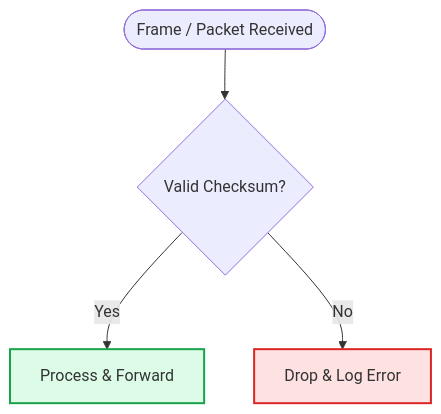
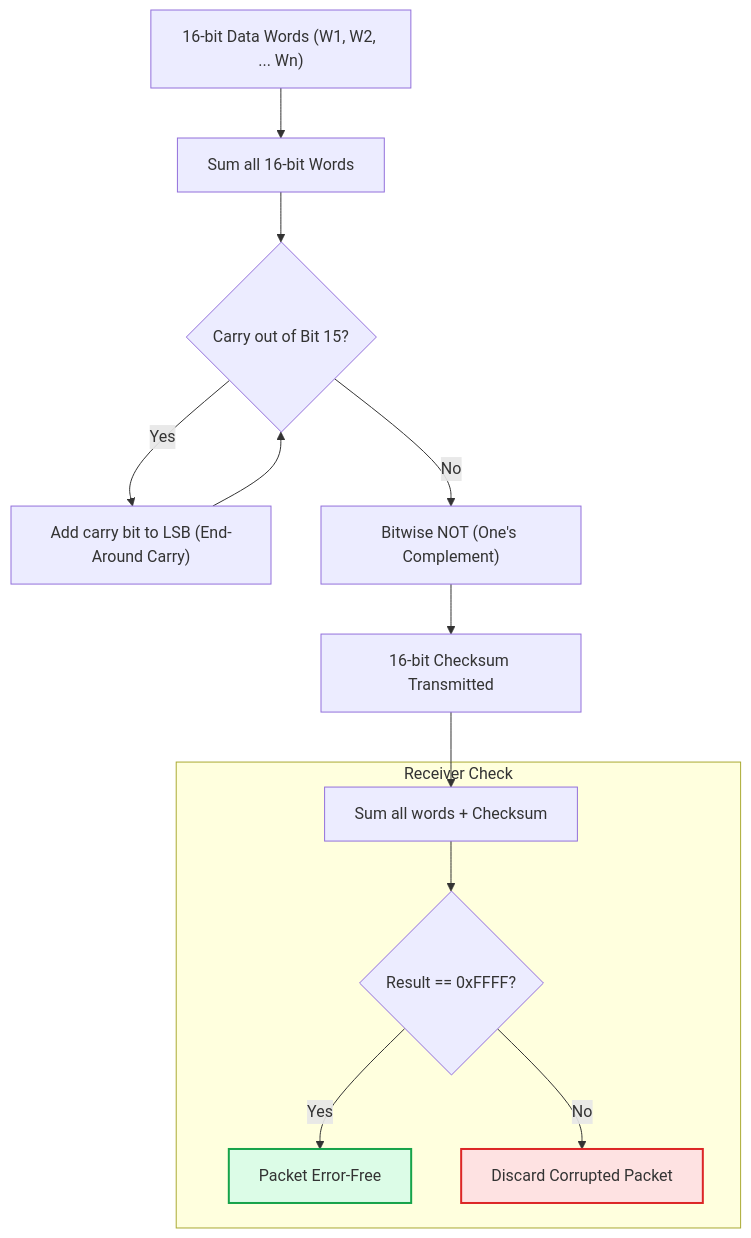
One commit to Raviranjan010/Neteworking_notes changed the sixth of 12 diagrams in 05_Data_Link_Layer/diagrams.md. Above: the diagram before and after it, drawn with Mermaid. The commit also changed other lines of this file and 7 other files, not shown here.

Commit message:
add comprehensive data link layer notes, numericals, diagrams, MCQs, and cheat sheets

````diff
--- a/05_Data_Link_Layer/diagrams.md
+++ b/05_Data_Link_Layer/diagrams.md
@@ -82,11 +161,22 @@
 ```mermaid
 flowchart TD
-    Start([Frame / Packet Received]) --> ValidCheck{Valid Checksum?}
-    ValidCheck -- Yes --> Process[Process & Forward]
-    ValidCheck -- No --> Drop[Drop & Log Error]
+    W["16-bit Data Words (W1, W2, ... Wn)"] --> Sum["Sum all 16-bit Words"]
+    Sum --> CarryCheck{Carry out of Bit 15?}
+    CarryCheck -- Yes --> Wrap["Add carry bit to LSB (End-Around Carry)"]
+    Wrap --> CarryCheck
+    CarryCheck -- No --> Invert["Bitwise NOT (One's Complement)"]
+    Invert --> Checksum["16-bit Checksum Transmitted"]
+
+    subgraph Receiver["Receiver Check"]
+        RxSum["Sum all words + Checksum"] --> RxCheck{Result == 0xFFFF?}
+        RxCheck -- Yes --> OK["Packet Error-Free"]
+        RxCheck -- No --> Drop["Discard Corrupted Packet"]
+    end
+
+    Checksum --> RxSum
 
     classDef ok fill:#dcfce7,stroke:#16a34a,stroke-width:2px;
     classDef bad fill:#fee2e2,stroke:#dc2626,stroke-width:2px;
-    class Process ok;
+    class OK ok;
     class Drop bad;
 ```
````
